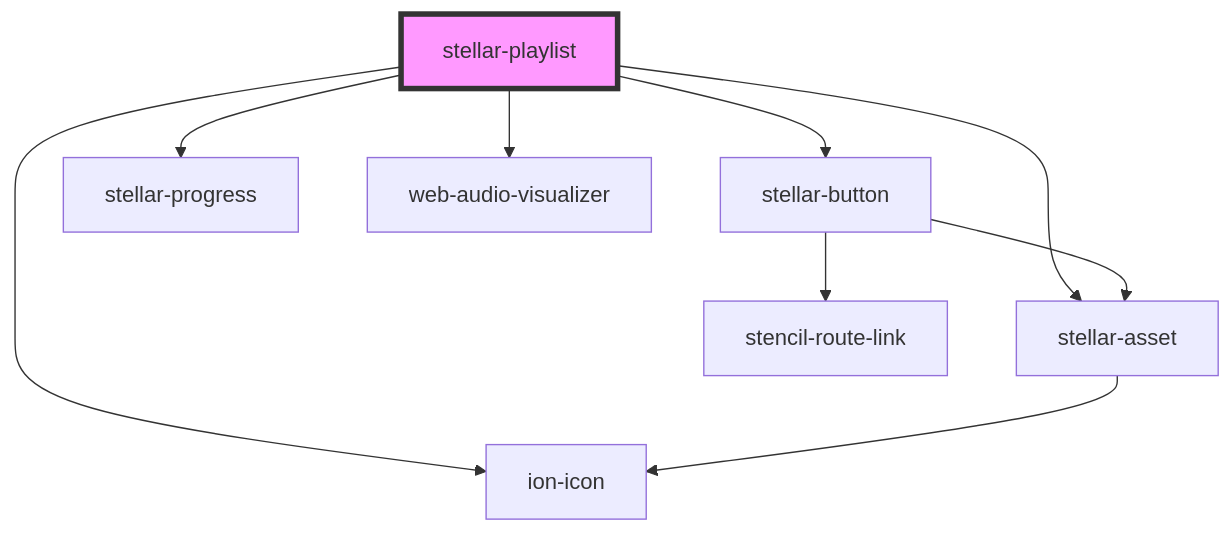
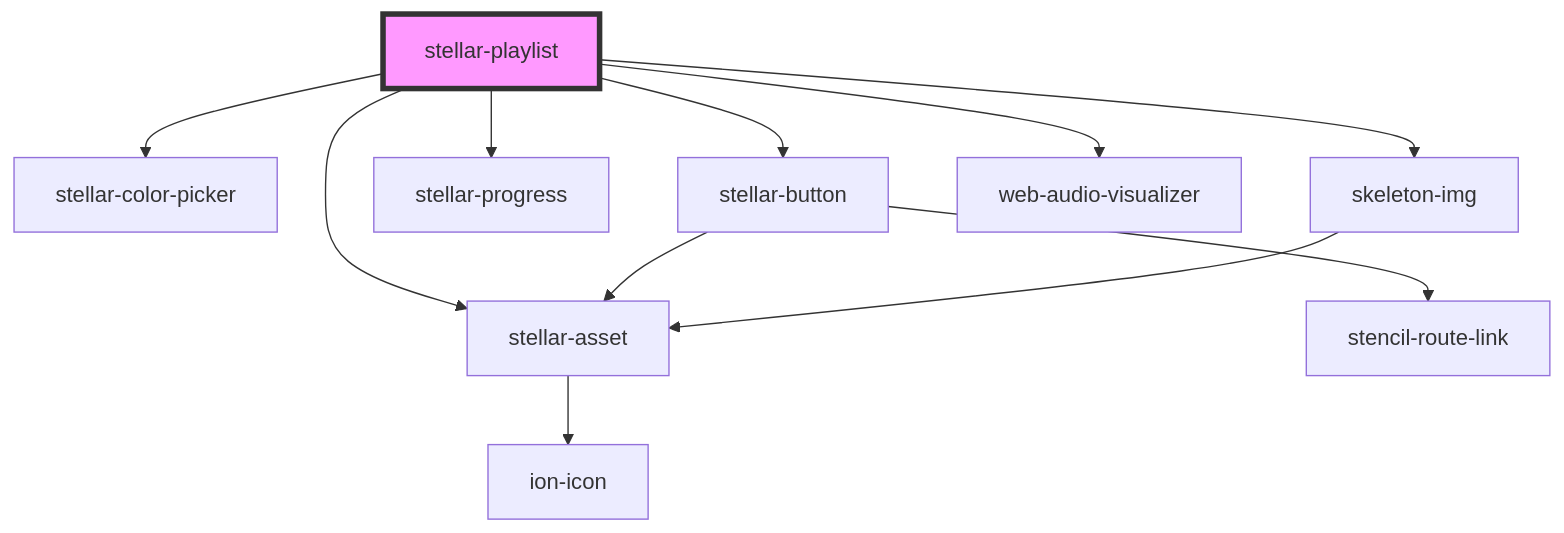
One commit to splitinfinities/Stellar changed the diagram in src/components/media/playlist/readme.md. Above: the diagram before and after it, drawn with Mermaid. The commit also changed other lines of this file and 7 other files, not shown here.

````diff
--- a/src/components/media/playlist/readme.md
+++ b/src/components/media/playlist/readme.md
@@ -96,12 +97,14 @@
 ```mermaid
 graph TD;
   stellar-playlist --> stellar-asset
-  stellar-playlist --> ion-icon
+  stellar-playlist --> stellar-color-picker
   stellar-playlist --> stellar-button
   stellar-playlist --> stellar-progress
+  stellar-playlist --> skeleton-img
   stellar-playlist --> web-audio-visualizer
   stellar-asset --> ion-icon
   stellar-button --> stellar-asset
   stellar-button --> stencil-route-link
+  skeleton-img --> stellar-asset
   style stellar-playlist fill:#f9f,stroke:#333,stroke-width:4px
 ```
````
